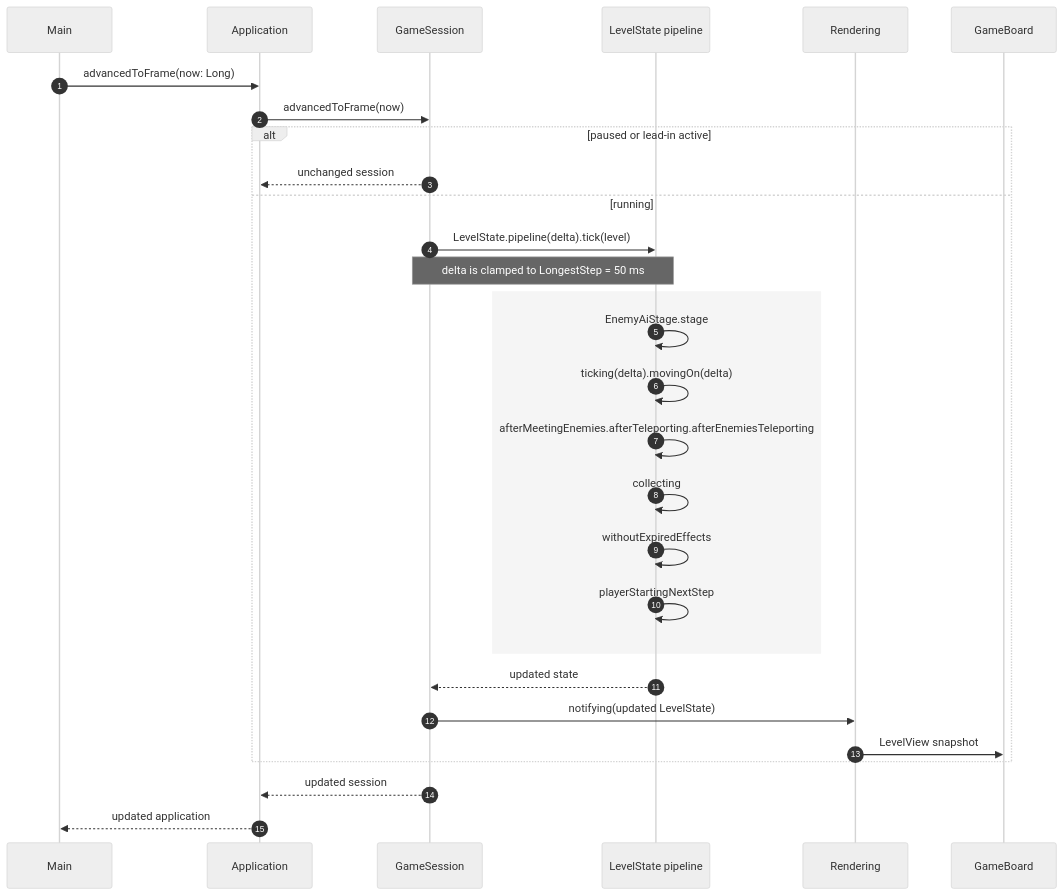
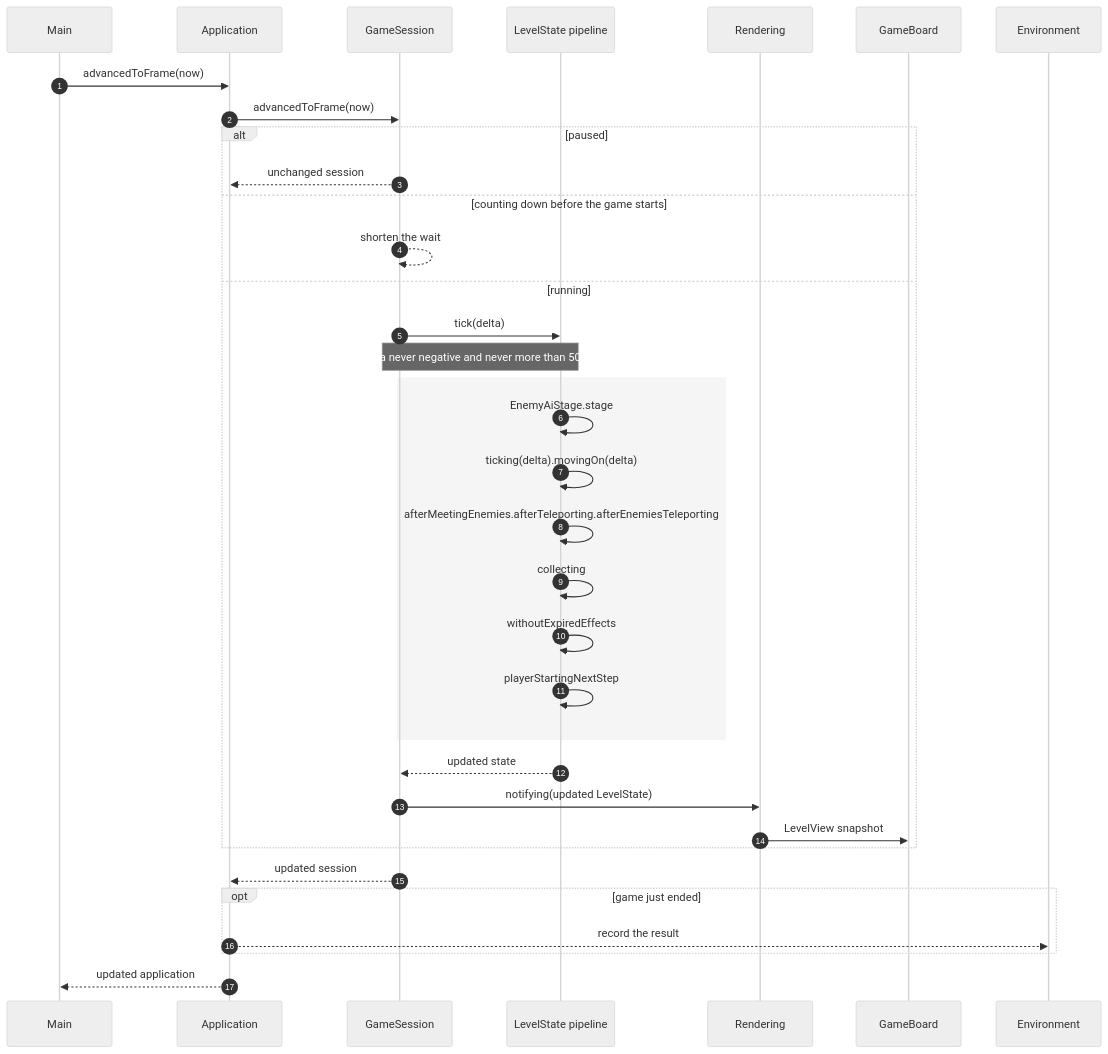
The diagram in docs/uml/tick-pipeline.mmd (PPS-25/PPS-25-scala-man), drawn with Mermaid before and after one commit. The commit also changed 5 other files, not shown here.

Commit message:
docs(report): add diagrams to chapter 4

```diff
--- a/docs/uml/tick-pipeline.mmd
+++ b/docs/uml/tick-pipeline.mmd
@@ -1,31 +1,37 @@
 %%{init: {"theme": "neutral"}}%%
 sequenceDiagram
   autonumber
   participant Main
   participant Application
   participant Session as GameSession
   participant Level as LevelState pipeline
   participant Rendering
   participant Board as GameBoard
+  participant Environment
 
-  Main->>Application: advancedToFrame(now: Long)
+  Main->>Application: advancedToFrame(now)
   Application->>Session: advancedToFrame(now)
-  alt paused or lead-in active
+  alt paused
     Session-->>Application: unchanged session
+  else counting down before the game starts
+    Session-->>Session: shorten the wait
   else running
-    Session->>Level: LevelState.pipeline(delta).tick(level)
-    Note over Session,Level: delta is clamped to LongestStep = 50 ms
+    Session->>Level: tick(delta)
+    Note over Session,Level: delta never negative and never more than 50 ms
     rect rgb(245, 245, 245)
       Level->>Level: EnemyAiStage.stage
       Level->>Level: ticking(delta).movingOn(delta)
       Level->>Level: afterMeetingEnemies.afterTeleporting.afterEnemiesTeleporting
       Level->>Level: collecting
       Level->>Level: withoutExpiredEffects
       Level->>Level: playerStartingNextStep
     end
     Level-->>Session: updated state
     Session->>Rendering: notifying(updated LevelState)
     Rendering->>Board: LevelView snapshot
   end
   Session-->>Application: updated session
+  opt game just ended
+    Application-->>Environment: record the result
+  end
   Application-->>Main: updated application
```
